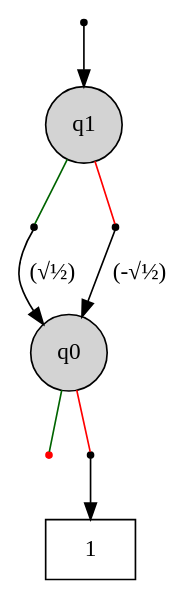
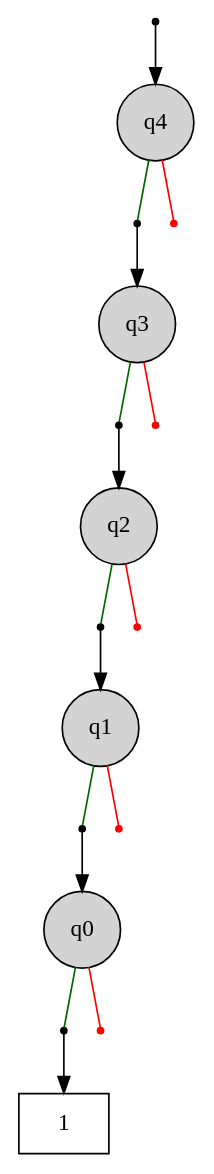
The diagram in data/1.dot (cda-tum/mqt-ddvis), drawn with Graphviz before and after one commit. The commit also changed 6 other files, not shown here.

```diff
--- a/data/1.dot
+++ b/data/1.dot
@@ -1,24 +1,44 @@
 digraph "DD" {
 graph [center=true, ordering=out];
 node [shape=circle, center=true];
 "T" [ shape = box, label="1" ];
 "R" [label="", shape=point];
-"0" [ label="q1" ,style=filled, fillcolor=lightgray ];
+"0" [ label="q4" ,style=filled, fillcolor=lightgray ];
 "0h0"  [label="", shape=point];
-"0h2"  [label="", shape=point];
-"1" [ label="q0" ,style=filled, fillcolor=lightgray ];
-"1h0"  [label="", shape=point , fillcolor=red, color=red];
-"1h2"  [label="", shape=point ];
+"0h2"  [label="", shape=point , fillcolor=red, color=red];
+"1" [ label="q3" ,style=filled, fillcolor=lightgray ];
+"1h0"  [label="", shape=point];
+"1h2"  [label="", shape=point , fillcolor=red, color=red];
+"2" [ label="q2" ,style=filled, fillcolor=lightgray ];
+"2h0"  [label="", shape=point];
+"2h2"  [label="", shape=point , fillcolor=red, color=red];
+"3" [ label="q1" ,style=filled, fillcolor=lightgray ];
+"3h0"  [label="", shape=point];
+"3h2"  [label="", shape=point , fillcolor=red, color=red];
+"4" [ label="q0" ,style=filled, fillcolor=lightgray ];
+"4h0"  [label="", shape=point ];
+"4h2"  [label="", shape=point , fillcolor=red, color=red];
 
 "R" -> "0"
 {rank=same; "0h0" "0h2"}
 "0" -> "0h0" [arrowhead=none,color=darkgreen];
-"0h0" -> "1" [label=" (√½)" ];
+"0h0" -> "1";
 "0" -> "0h2" [arrowhead=none,color=red];
-"0h2" -> "1" [label=" (-√½)" ];
 {rank=same; "1h0" "1h2"}
 "1" -> "1h0" [arrowhead=none,color=darkgreen];
+"1h0" -> "2";
 "1" -> "1h2" [arrowhead=none,color=red];
-"1h2"-> "T";
+{rank=same; "2h0" "2h2"}
+"2" -> "2h0" [arrowhead=none,color=darkgreen];
+"2h0" -> "3";
+"2" -> "2h2" [arrowhead=none,color=red];
+{rank=same; "3h0" "3h2"}
+"3" -> "3h0" [arrowhead=none,color=darkgreen];
+"3h0" -> "4";
+"3" -> "3h2" [arrowhead=none,color=red];
+{rank=same; "4h0" "4h2"}
+"4" -> "4h0" [arrowhead=none,color=darkgreen];
+"4h0"-> "T";
+"4" -> "4h2" [arrowhead=none,color=red];
 
 }
```
